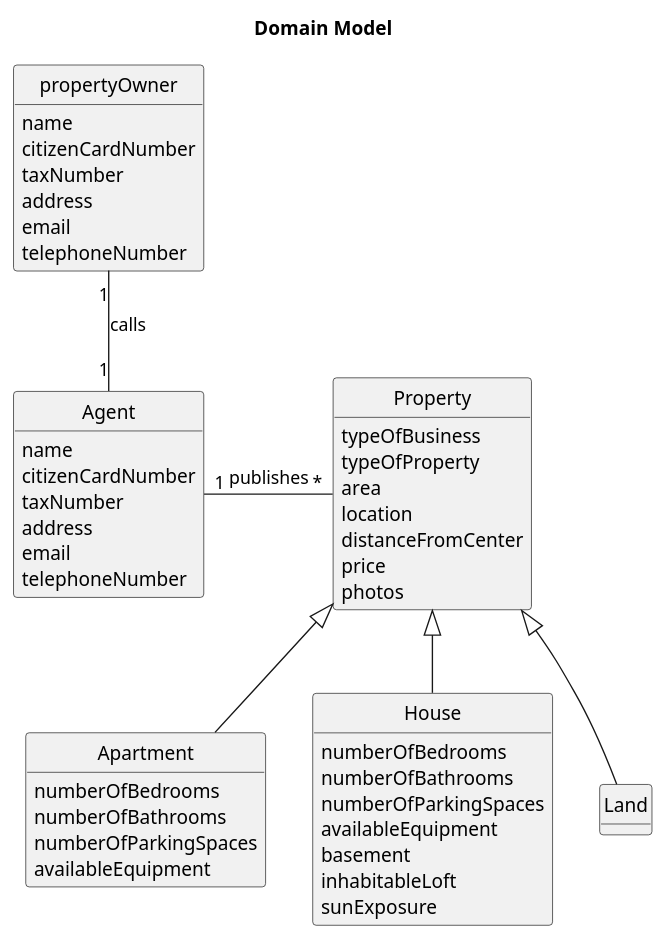
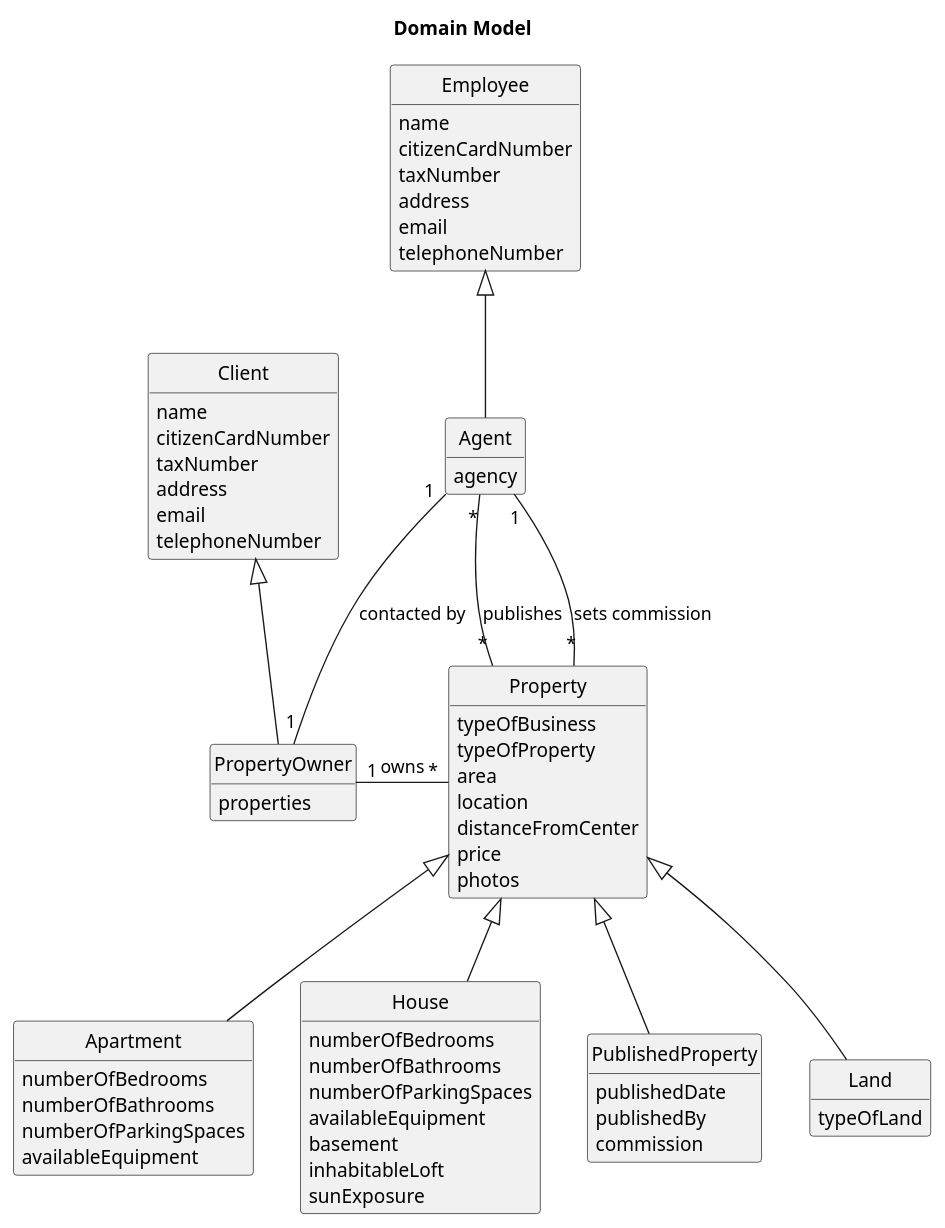
Before and after one commit to Goncalves2525/real-estate-management-system: the diagram in docs/sprintA/us002/02.analysis/puml/us002-domain-model.puml, drawn with PlantUML. The commit also changed 2 other files, not shown here.

```diff
--- a/docs/sprintA/us002/02.analysis/puml/us002-domain-model.puml
+++ b/docs/sprintA/us002/02.analysis/puml/us002-domain-model.puml
@@ -1,85 +1,97 @@
 @startuml
 skinparam monochrome true
 skinparam packageStyle rectangle
 skinparam shadowing false
 skinparam classAttributeIconSize 0
 hide circle
 hide methods
 
 title Domain Model
 
-class propertyOwner {
+class Client{
     name
     citizenCardNumber
     taxNumber
     address
     email
     telephoneNumber
 }
 
-class Agent {
+class PropertyOwner extends Client {
+    properties
+}
+
+class Employee{
     name
     citizenCardNumber
     taxNumber
     address
     email
     telephoneNumber
+}
+
+class Agent extends Employee{
+    agency
 }
 
 'class Property{
 '    typeOfProperty
 '    area
 '    location
 '    distanceFromCityCentre
 '    requestedPrice
 '    photographs
 '    numberOfBedrooms
 '    numberOfBathrooms
 '    numberOfParkingSpaces
 '    availableEquipment
 '    hasBasement
 '    hasInhabitableLoft
 '    sunExposureValue
 '}
 
 class Property{
     typeOfBusiness
     typeOfProperty
     area
     location
     distanceFromCenter
     price
     photos
 }
 
 class Apartment extends Property{
     numberOfBedrooms
     numberOfBathrooms
     numberOfParkingSpaces
     availableEquipment
 }
 
 class House extends Property{
     numberOfBedrooms
     numberOfBathrooms
     numberOfParkingSpaces
     availableEquipment
     basement
     inhabitableLoft
     sunExposure
 }
 
-class Land extends Property{
-'    area
-'    location
-'    distanceFromCenter
-'    price
-'    photos
+class PublishedProperty extends Property{
+    publishedDate
+    publishedBy
+    commission
 }
 
-propertyOwner "1" -- "1" Agent : calls
-Agent "1" - "*" Property: publishes
+class Land extends Property{
+    typeOfLand
+}
+
+Agent "1" -- "1" PropertyOwner : contacted by
+Agent "*" - "*" Property: publishes
+Agent "1" - "*" Property: sets commission
+PropertyOwner "1" - "*" Property: owns
 'Property <|-- House
 'Property <|-- Apartment
 'Property <|-- Land
 @enduml
```
